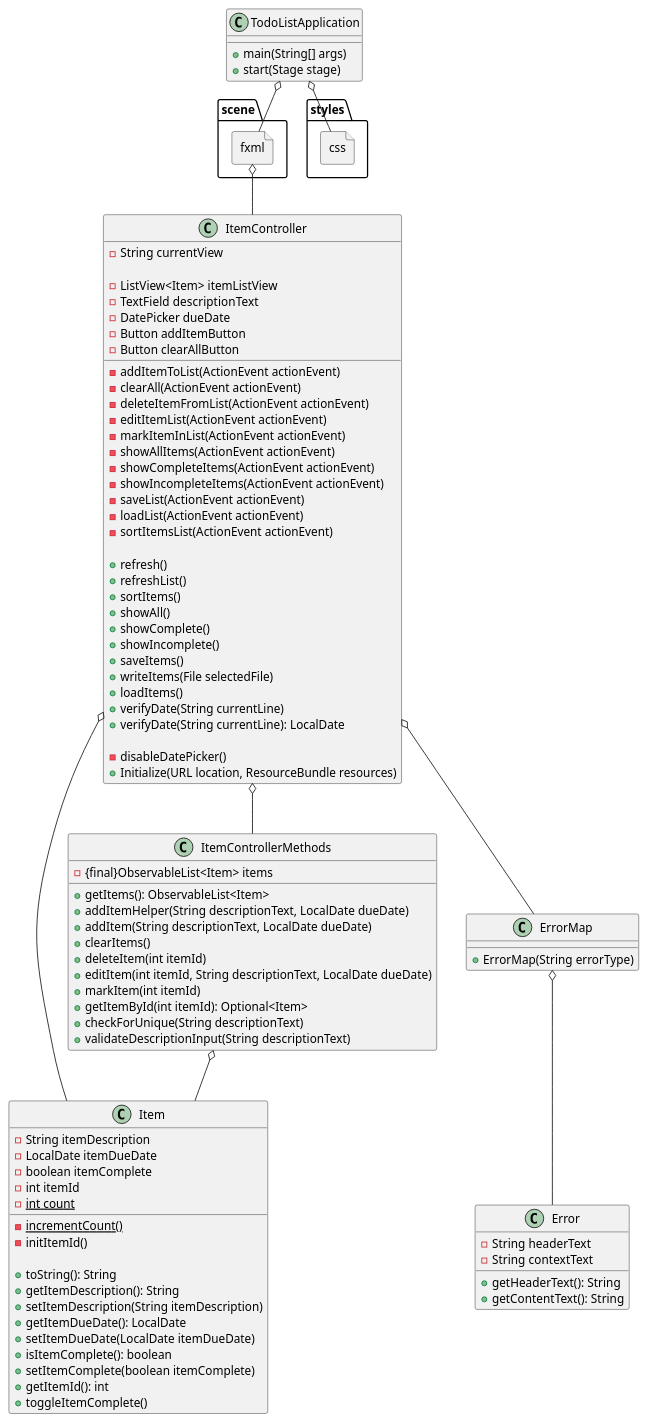
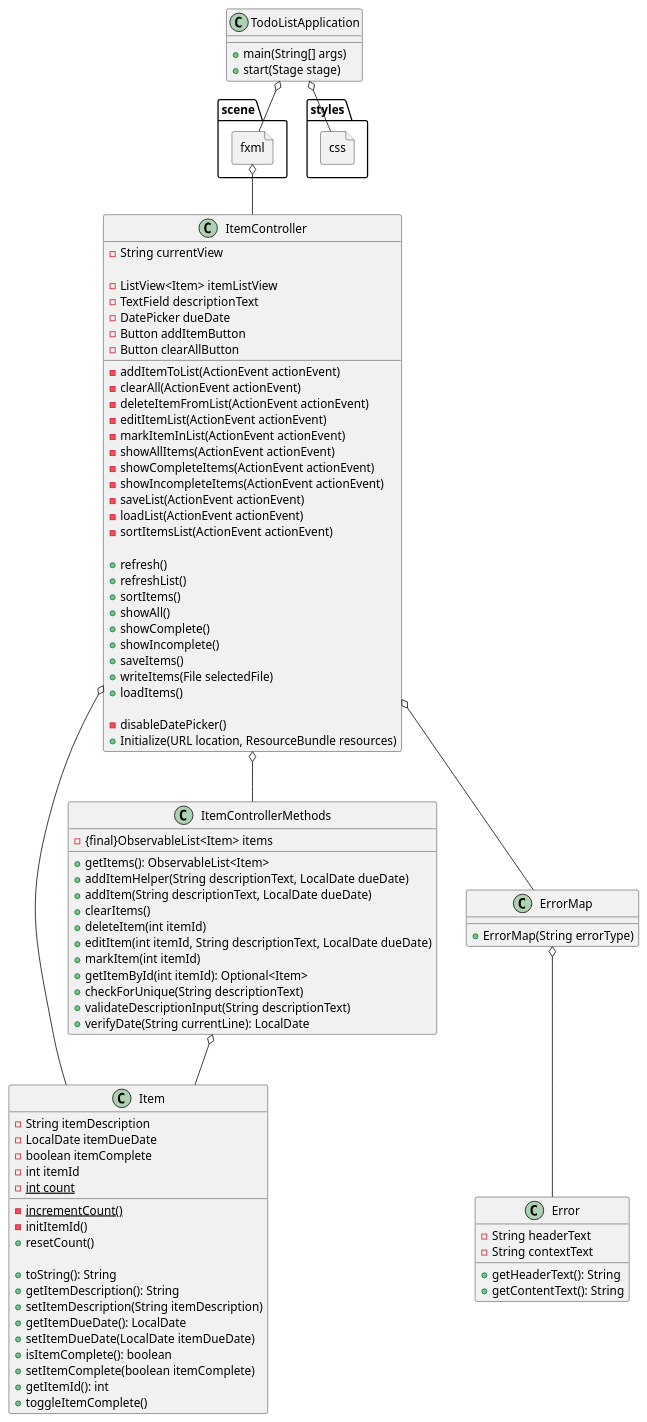
The diagram in javafxApp/docs/main.puml (nader-fares/fares-app1-impl), drawn with PlantUML before and after one commit. The commit also changed 13 other files, not shown here.

```diff
--- a/javafxApp/docs/main.puml
+++ b/javafxApp/docs/main.puml
@@ -1,104 +1,105 @@
 @startuml
 'https://plantuml.com/sequence-diagram
 
 class TodoListApplication {
 +main(String[] args)
 +start(Stage stage)
 }
 
 class Item {
 -String itemDescription
 -LocalDate itemDueDate
 -boolean itemComplete
 -int itemId
 -{static}int count
 -{static}incrementCount()
 -initItemId()
++resetCount()
 
 +toString(): String
 +getItemDescription(): String
 +setItemDescription(String itemDescription)
 +getItemDueDate(): LocalDate
 +setItemDueDate(LocalDate itemDueDate)
 +isItemComplete(): boolean
 +setItemComplete(boolean itemComplete)
 +getItemId(): int
 +toggleItemComplete()
 }
 
 class ItemControllerMethods {
 -{final}ObservableList<Item> items
 +getItems(): ObservableList<Item>
 +addItemHelper(String descriptionText, LocalDate dueDate)
 +addItem(String descriptionText, LocalDate dueDate)
 +clearItems()
 +deleteItem(int itemId)
 +editItem(int itemId, String descriptionText, LocalDate dueDate)
 +markItem(int itemId)
 +getItemById(int itemId): Optional<Item>
 +checkForUnique(String descriptionText)
 +validateDescriptionInput(String descriptionText)
++verifyDate(String currentLine): LocalDate
+
 }
 
 class ItemController {
 -String currentView
 
 -ListView<Item> itemListView
 -TextField descriptionText
 -DatePicker dueDate
 -Button addItemButton
 -Button clearAllButton
 
 -addItemToList(ActionEvent actionEvent)
 -clearAll(ActionEvent actionEvent)
 -deleteItemFromList(ActionEvent actionEvent)
 -editItemList(ActionEvent actionEvent)
 -markItemInList(ActionEvent actionEvent)
 -showAllItems(ActionEvent actionEvent)
 -showCompleteItems(ActionEvent actionEvent)
 -showIncompleteItems(ActionEvent actionEvent)
 -saveList(ActionEvent actionEvent)
 -loadList(ActionEvent actionEvent)
 -sortItemsList(ActionEvent actionEvent)
 
 +refresh()
 +refreshList()
 +sortItems()
 +showAll()
 +showComplete()
 +showIncomplete()
 +saveItems()
 +writeItems(File selectedFile)
 +loadItems()
-+verifyDate(String currentLine)
-+verifyDate(String currentLine): LocalDate
 
 -disableDatePicker()
 +Initialize(URL location, ResourceBundle resources)
 }
 
 class Error {
 -String headerText
 -String contextText
 +getHeaderText(): String
 +getContentText(): String
 }
 
 class ErrorMap {
 +ErrorMap(String errorType)
 }
 
 file scene.fxml {
 }
 file styles.css {
 }
 scene.fxml o-- ItemController
 TodoListApplication o-- styles.css
 TodoListApplication o-- scene.fxml
 ItemController o-- Item
 ItemController o-- ErrorMap
 ErrorMap o-- Error
 ItemController o-- ItemControllerMethods
 ItemControllerMethods o-- Item
 
 @enduml
```
